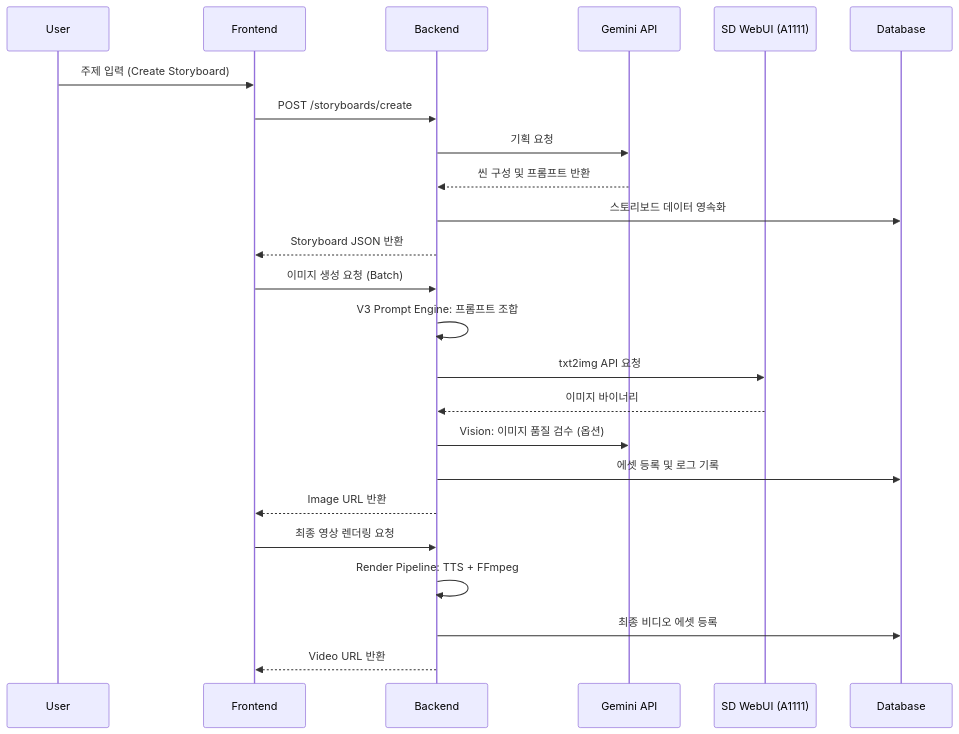
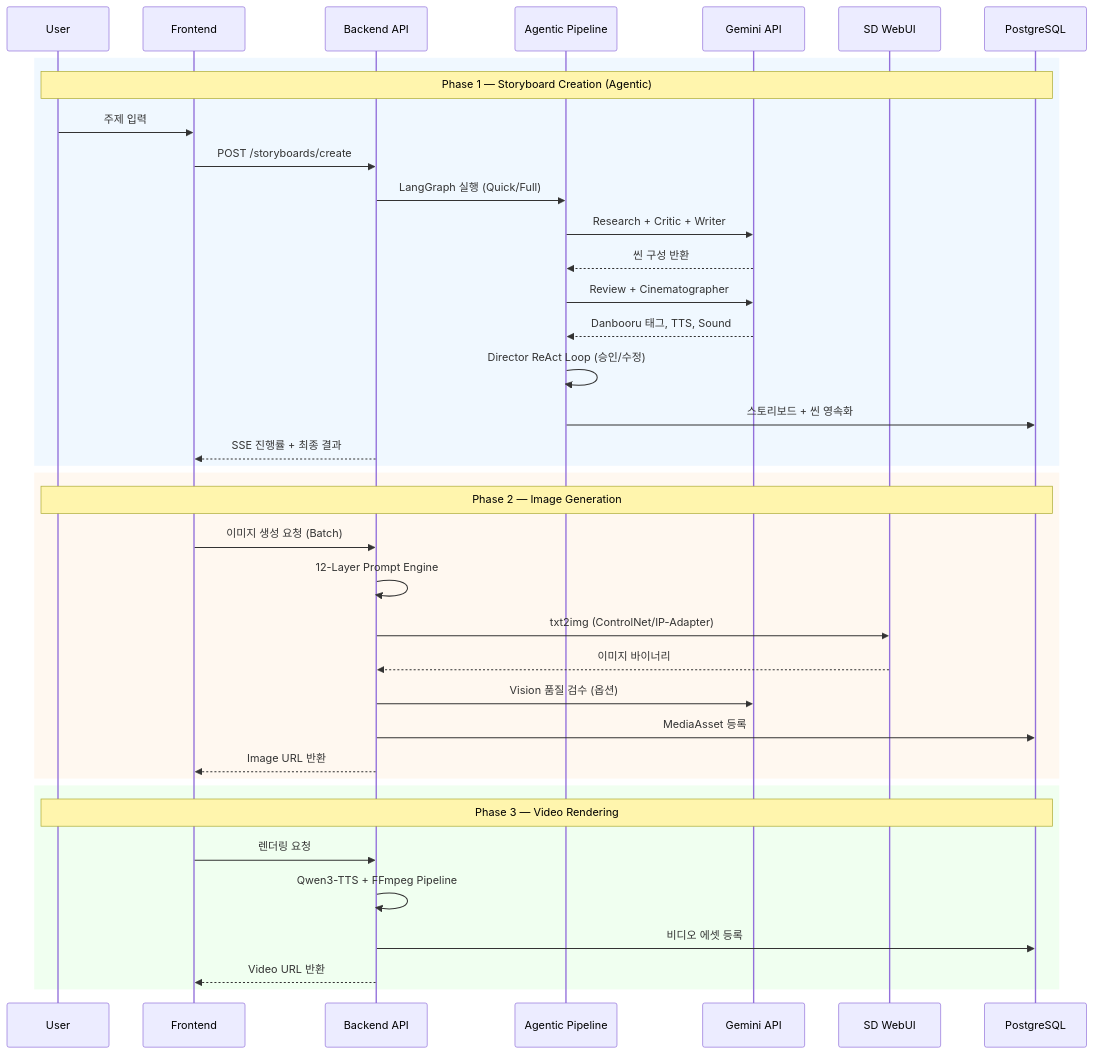
One commit to tomo-playground/sdd-orchestrator changed the second of 2 diagrams in docs/03_engineering/architecture/SYSTEM_OVERVIEW.md. Above: the diagram before and after it, drawn with Mermaid. The commit also changed other lines of this file and 2 other files, not shown here.

Commit message:
docs: architecture/ 최신화 — 데이터 흐름도 개선 + 수치 보정 + 이모지 헤더 제거
- SYSTEM_OVERVIEW: 데이터 흐름도를 3-Phase Agentic 시퀀스로 개선, Hooks 26→25, Actions 14→17
- DB_SCHEMA: 이모지 헤더 11개 제거 (CLAUDE.md 규칙), Last Updated 갱신
- SCHEMA_SUMMARY: Last Synced 날짜 동기화

````diff
--- a/docs/03_engineering/architecture/SYSTEM_OVERVIEW.md
+++ b/docs/03_engineering/architecture/SYSTEM_OVERVIEW.md
@@ -112,29 +112,43 @@
 ```mermaid
 sequenceDiagram
     participant U as User
     participant F as Frontend
-    participant B as Backend
+    participant B as Backend API
+    participant AG as Agentic Pipeline
     participant Gem as Gemini API
-    participant SD as SD WebUI (A1111)
-    participant DB as Database
+    participant SD as SD WebUI
+    participant DB as PostgreSQL
 
-    U->>F: 주제 입력 (Create Storyboard)
+    rect rgb(240, 248, 255)
+    Note over U,DB: Phase 1 — Storyboard Creation (Agentic)
+    U->>F: 주제 입력
     F->>B: POST /storyboards/create
-    B->>Gem: 기획 요청
-    Gem-->>B: 씬 구성 및 프롬프트 반환
-    B->>DB: 스토리보드 데이터 영속화
-    B-->>F: Storyboard JSON 반환
+    B->>AG: LangGraph 실행 (Quick/Full)
+    AG->>Gem: Research + Critic + Writer
+    Gem-->>AG: 씬 구성 반환
+    AG->>Gem: Review + Cinematographer
+    Gem-->>AG: Danbooru 태그, TTS, Sound
+    AG->>AG: Director ReAct Loop (승인/수정)
+    AG->>DB: 스토리보드 + 씬 영속화
+    B-->>F: SSE 진행률 + 최종 결과
+    end
 
+    rect rgb(255, 248, 240)
+    Note over U,DB: Phase 2 — Image Generation
     F->>B: 이미지 생성 요청 (Batch)
-    B->>B: V3 Prompt Engine: 프롬프트 조합
-    B->>SD: txt2img API 요청
+    B->>B: 12-Layer Prompt Engine
+    B->>SD: txt2img (ControlNet/IP-Adapter)
     SD-->>B: 이미지 바이너리
-    B->>Gem: Vision: 이미지 품질 검수 (옵션)
-    B->>DB: 에셋 등록 및 로그 기록
+    B->>Gem: Vision 품질 검수 (옵션)
+    B->>DB: MediaAsset 등록
     B-->>F: Image URL 반환
+    end
 
-    F->>B: 최종 영상 렌더링 요청
-    B->>B: Render Pipeline: TTS + FFmpeg
-    B->>DB: 최종 비디오 에셋 등록
+    rect rgb(240, 255, 240)
+    Note over U,DB: Phase 3 — Video Rendering
+    F->>B: 렌더링 요청
+    B->>B: Qwen3-TTS + FFmpeg Pipeline
+    B->>DB: 비디오 에셋 등록
     B-->>F: Video URL 반환
+    end
 ```
````
